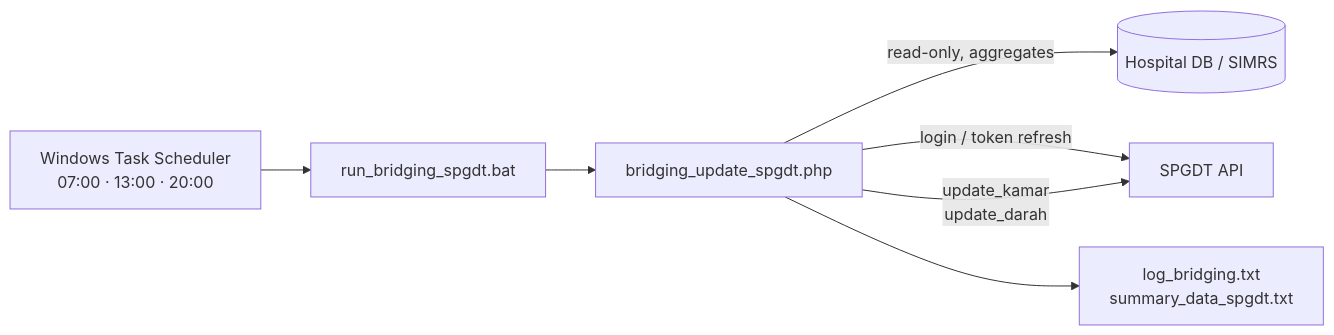
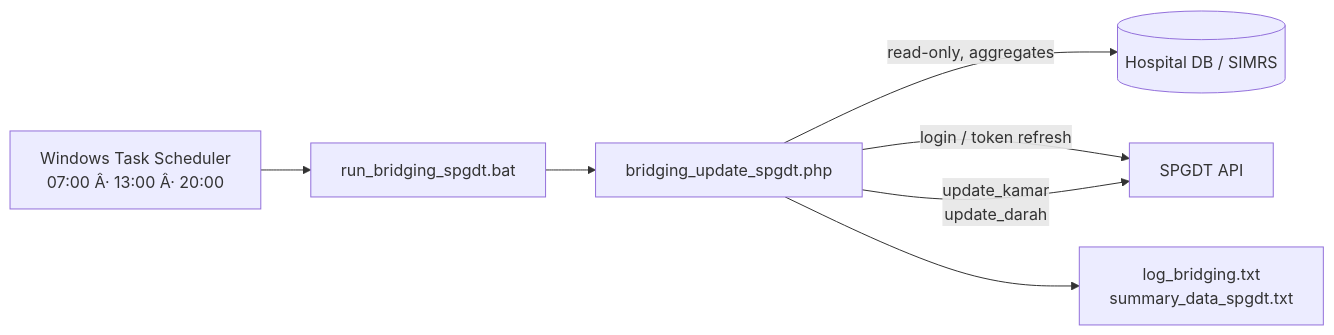
One commit to ArkFunDev/spgdt-bridging-kebumen changed the diagram in README.md. Above: the diagram before and after it, drawn with Mermaid. The commit also changed other lines of this file, not shown here.

````diff
--- a/README.md
+++ b/README.md
@@ -20,9 +20,9 @@
 ```mermaid
 flowchart LR
-    T[Windows Task Scheduler<br/>07:00 · 13:00 · 20:00] --> B[run_bridging_spgdt.bat]
+    T[Windows Task Scheduler<br/>07:00 Â· 13:00 Â· 20:00] --> B[run_bridging_spgdt.bat]
     B --> P[bridging_update_spgdt.php]
     P -->|read-only, aggregates| DB[(Hospital DB / SIMRS)]
     P -->|login / token refresh| API[SPGDT API]
     P -->|update_kamar<br/>update_darah| API
     P --> L[log_bridging.txt<br/>summary_data_spgdt.txt]
 ```
````
